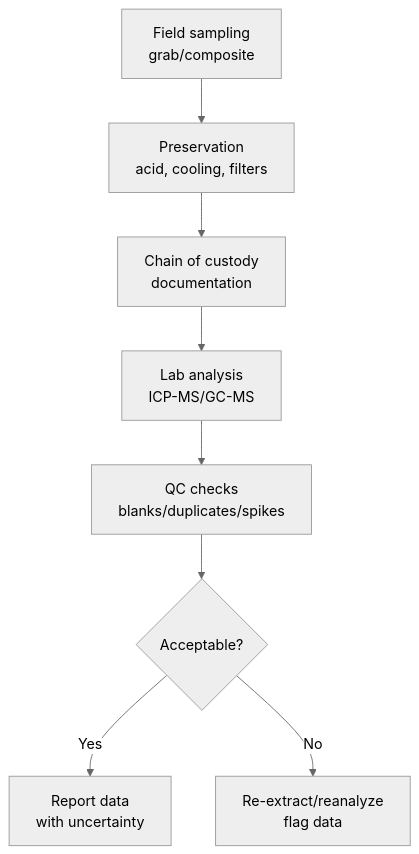
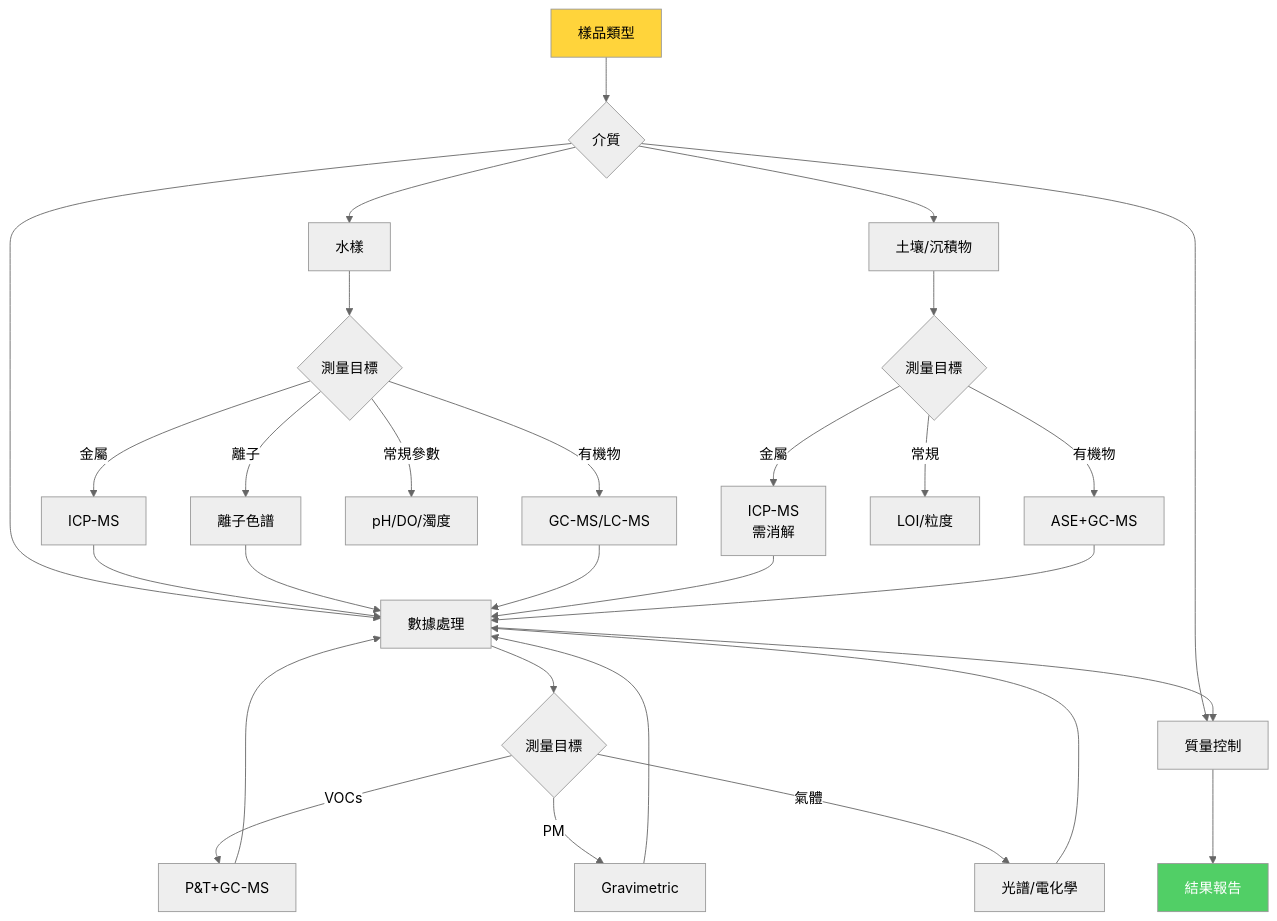
The first of 5 diagrams in MIT_CEE_Core/Track_1_Environment/Fluids_Transport_Engineering/03_1.107_Water_Air_Quality_Lab.md (yip-lgtm/civil-bootcamp), drawn with Mermaid (neutral theme) before and after one commit. The commit also changed other lines of this file and 8 other files, not shown here.

````diff
--- a/MIT_CEE_Core/Track_1_Environment/Fluids_Transport_Engineering/03_1.107_Water_Air_Quality_Lab.md
+++ b/MIT_CEE_Core/Track_1_Environment/Fluids_Transport_Engineering/03_1.107_Water_Air_Quality_Lab.md
@@ -243,10 +621,39 @@
 ```mermaid
 flowchart TD
-    A[Field sampling<br/>grab/composite] --> B[Preservation<br/>acid, cooling, filters]
-    B --> C[Chain of custody<br/>documentation]
-    C --> D[Lab analysis<br/>ICP-MS/GC-MS]
-    D --> E[QC checks<br/>blanks/duplicates/spikes]
-    E --> F{Acceptable?}
-    F -->|Yes| G[Report data<br/>with uncertainty]
-    F -->|No| H[Re-extract/reanalyze<br/>flag data]
+    A[樣品類型] --> B{介質}
+    B --> C[水樣]
+    B --> D[土壤/沉積物]
+    B --> E[空氣/顆粒物]
+    B --> F[生物組織]
+    
+    C --> C1{測量目標}
+    C1 -->|金屬| C1A[ICP-MS]
+    C1 -->|離子| C1B[離子色譜]
+    C1 -->|有機物| C1C[GC-MS/LC-MS]
+    C1 -->|常規參數| C1D[pH/DO/濁度]
+    
+    D --> D1{測量目標}
+    D1 -->|金屬| D1A[ICP-MS<br/>需消解]
+    D1 -->|有機物| D1C[ASE+GC-MS]
+    D1 -->|常規| D1D[LOI/粒度]
+    
+    E --> E1{測量目標}
+    E1 -->|VOCs| E1A[P&T+GC-MS]
+    E1 -->|PM| E1B[Gravimetric]
+    E1 -->|氣體| E1C[光譜/電化學]
+    
+    C1A --> E[數據處理]
+    C1B --> E
+    C1C --> E
+    D1A --> E
+    D1C --> E
+    E1A --> E
+    E1B --> E
+    E1C --> E
+    
+    E --> F[質量控制]
+    F --> G[結果報告]
+    
+    style A fill:#ffd43b
+    style G fill:#51cf66,color:#fff
 ```
````
